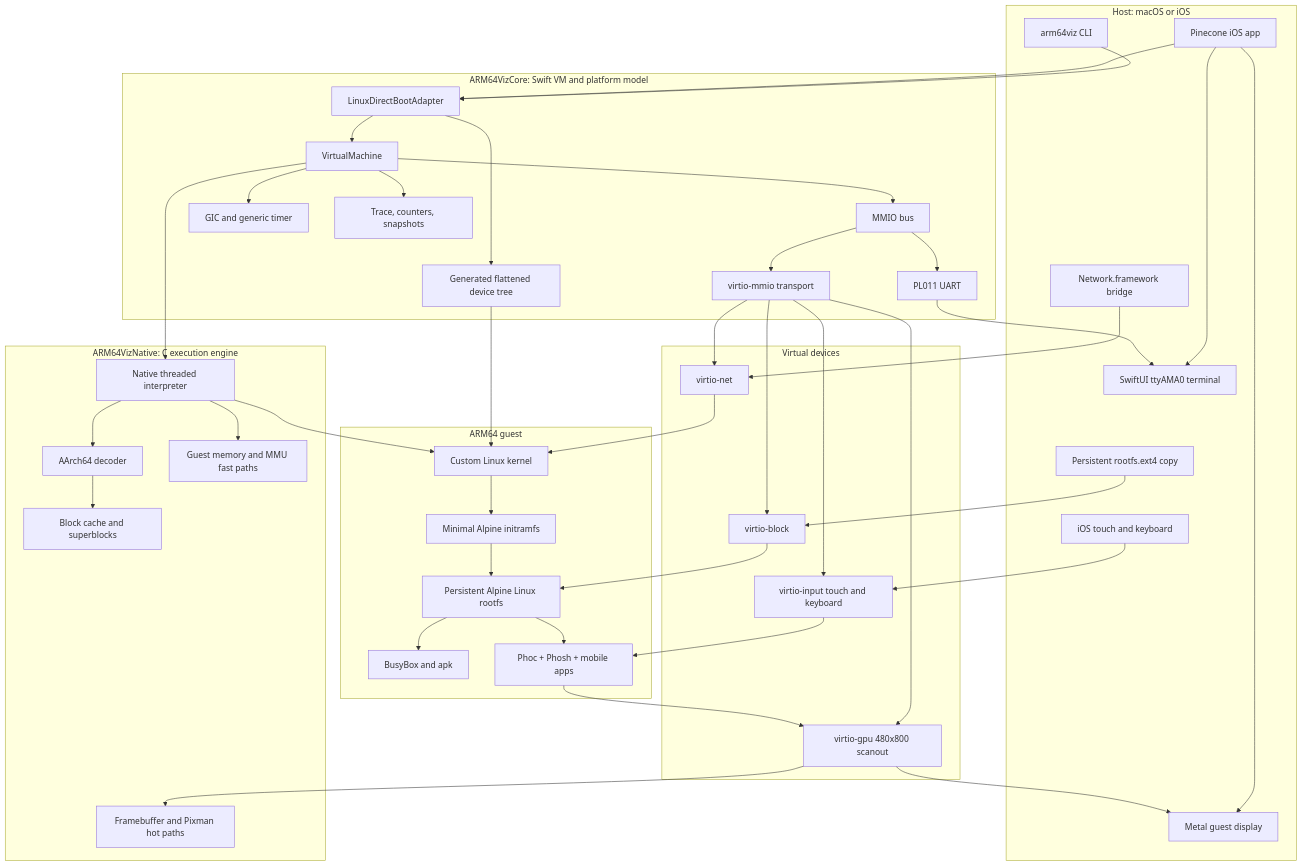
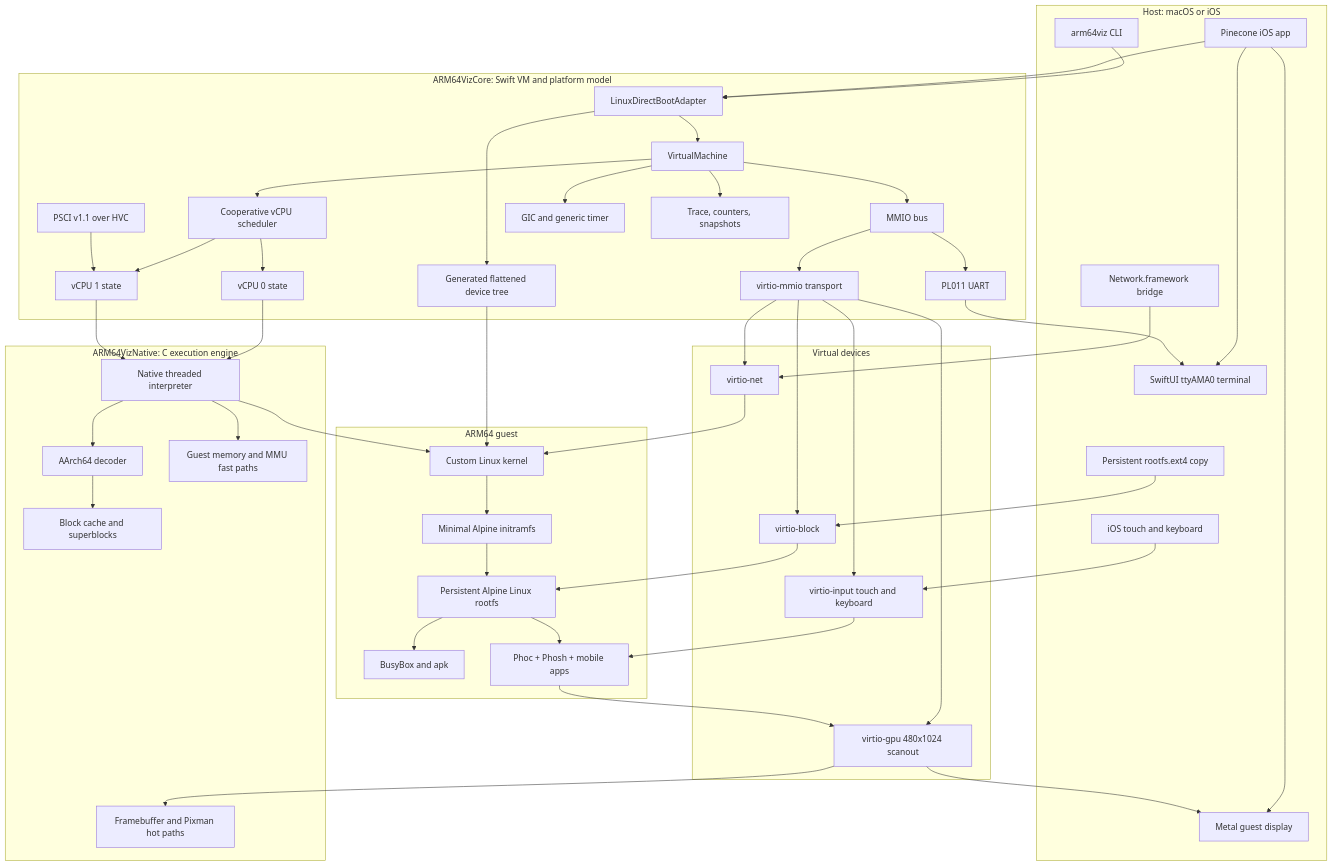
Before and after one commit to guillermo-moran/Pinecone: the diagram in README.md, drawn with Mermaid. The commit also changed other lines of this file and 53 other files, not shown here.

```diff
--- a/README.md
+++ b/README.md
@@ -47,6 +47,10 @@
     subgraph Core["ARM64VizCore: Swift VM and platform model"]
         Boot["LinuxDirectBootAdapter"]
         VM["VirtualMachine"]
+        Scheduler["Cooperative vCPU scheduler"]
+        VCPU0["vCPU 0 state"]
+        VCPU1["vCPU 1 state"]
+        PSCI["PSCI v1.1 over HVC"]
         FDT["Generated flattened device tree"]
         MMIO["MMIO bus"]
         IRQ["GIC and generic timer"]
@@ -67,7 +71,7 @@
         VBlock["virtio-block"]
         VNet["virtio-net"]
         VInput["virtio-input touch and keyboard"]
-        VGPU["virtio-gpu 480x800 scanout"]
+        VGPU["virtio-gpu 480x1024 scanout"]
     end
 
     subgraph Guest["ARM64 guest"]
@@ -88,7 +92,12 @@
 
     Boot --> FDT
     Boot --> VM
-    VM --> CPU
+    VM --> Scheduler
+    Scheduler --> VCPU0
+    Scheduler --> VCPU1
+    PSCI --> VCPU1
+    VCPU0 --> CPU
+    VCPU1 --> CPU
     CPU --> Decoder
     Decoder --> Blocks
     CPU --> Memory
```
